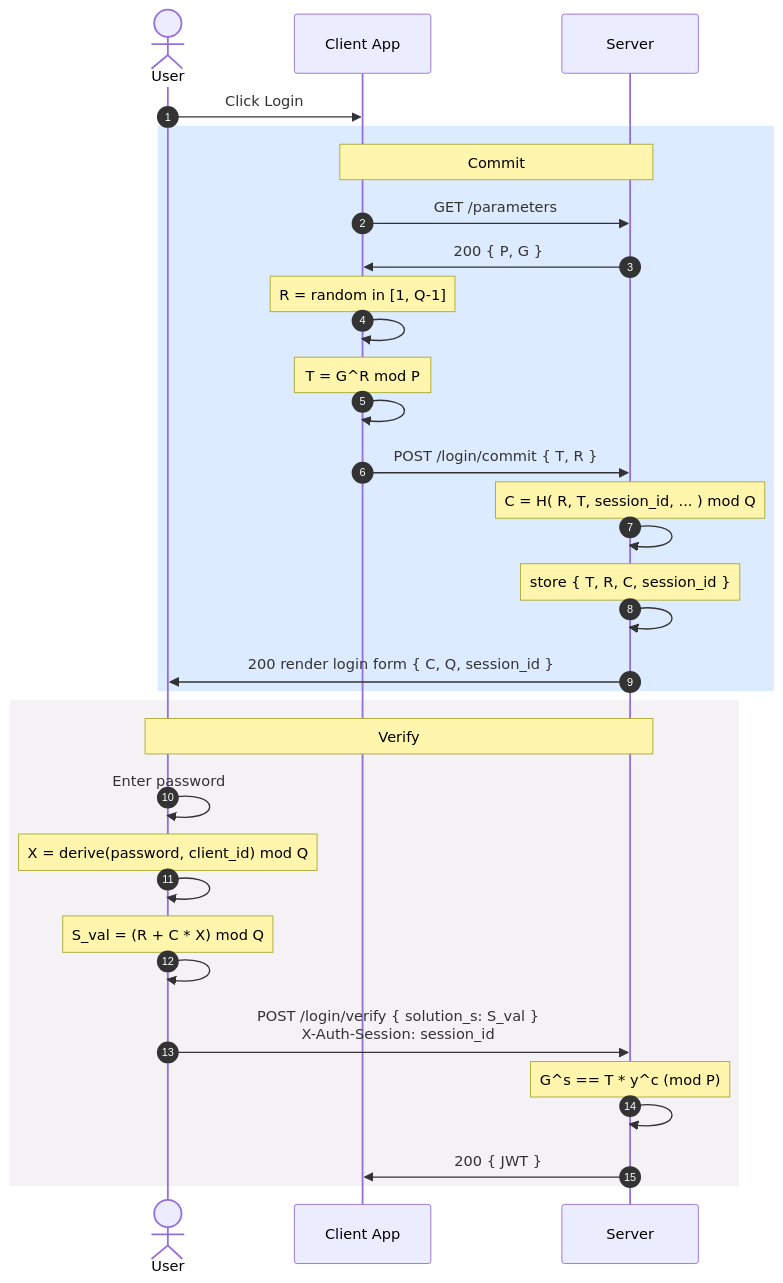
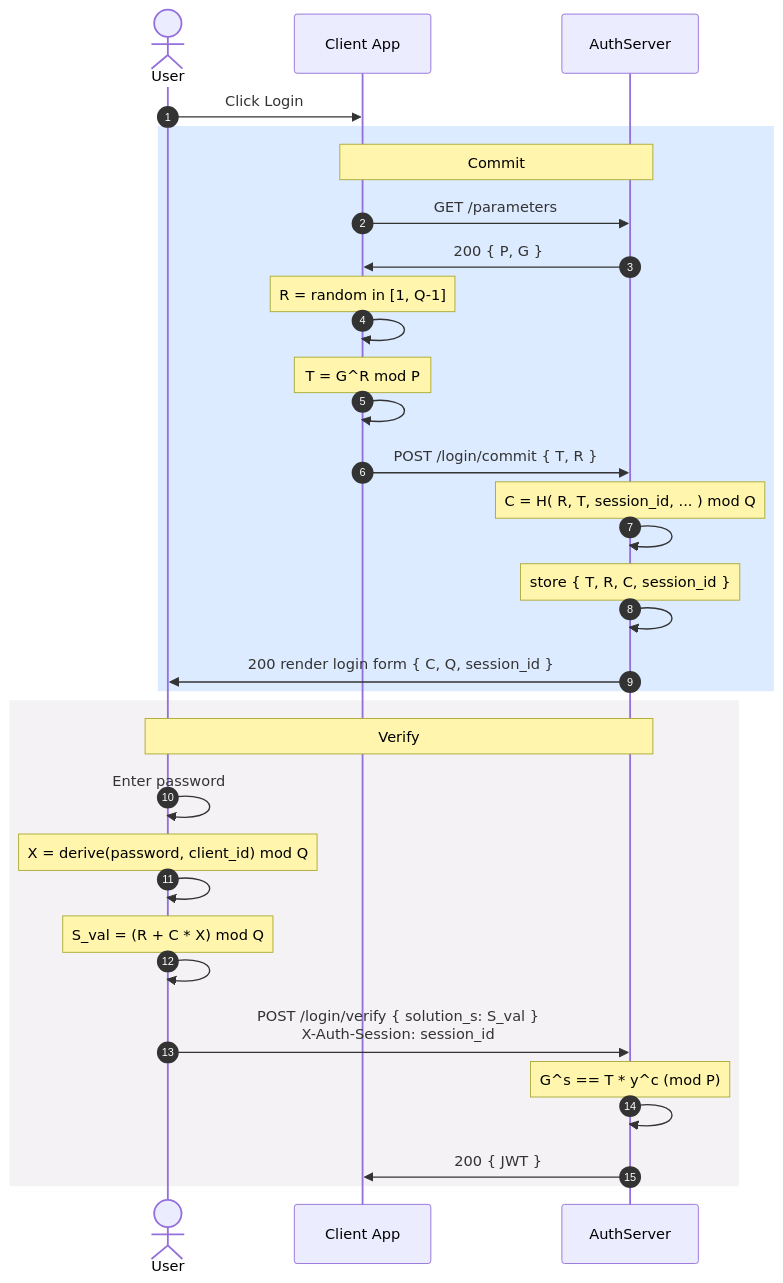
One commit to matei-rares-a/acas changed the diagram in diagrams/done/new/initial.mmd. Above: the diagram before and after it, drawn with Mermaid. The commit also changed 50 other files, not shown here.

```diff
--- a/diagrams/done/new/initial.mmd
+++ b/diagrams/done/new/initial.mmd
@@ -1,36 +1,36 @@
 sequenceDiagram
     autonumber
     actor U as User
     participant App as Client App
-    participant S as Server
+    participant S as  AuthServer
 
     U->>App: Click Login
 
     rect rgb(220, 235, 255)
     Note over App,S: Commit
     App->>S: GET /parameters
     S->>App: 200 { P, G }
     Note over App: R = random in [1, Q-1]
     App->>App: 
     Note over App: T = G^R mod P
     App->>App: 
     App->>S: POST /login/commit  { T, R }
     Note over S: C = H( R, T, session_id, ... ) mod Q
     S->>S: 
     Note over S: store { T, R, C, session_id }
     S->>S: 
     S->>U: 200  render login form  { C, Q, session_id }
     end
 
     rect rgb(244, 242, 245)
     Note over U,S: Verify
     U->>U: Enter password
     Note over U: X = derive(password, client_id) mod Q
     U->>U: 
     Note over U: S_val = (R + C * X) mod Q
     U->>U: 
     U->>S: POST /login/verify  { solution_s: S_val }<br/>X-Auth-Session: session_id
     Note over S: G^s == T * y^c  (mod P)
     S->>S: 
     S->>App: 200 { JWT }
     end
```
